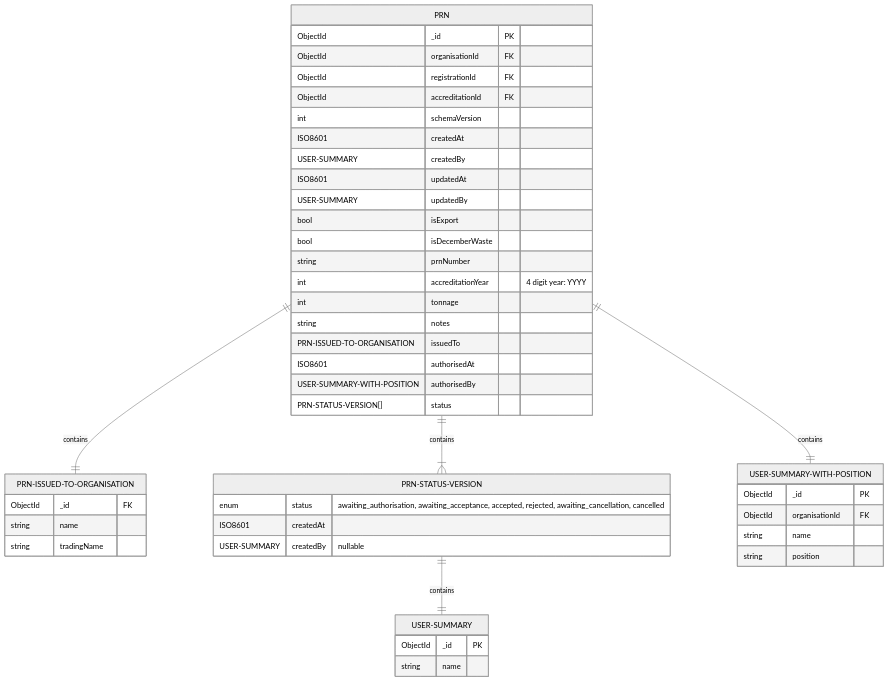
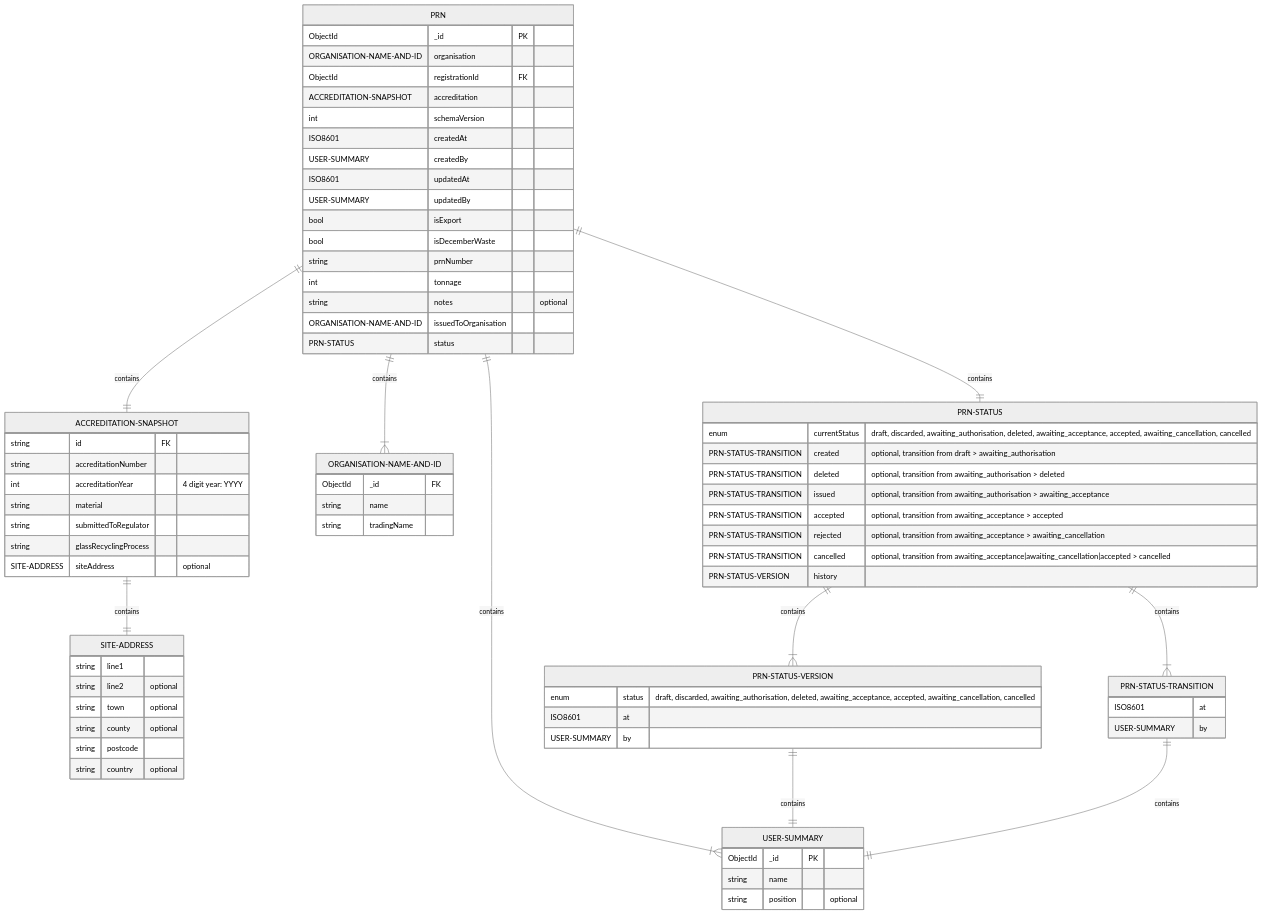
The third of 6 diagrams in docs/architecture/discovery/pepr-lld.md (DEFRA/epr-re-ex-service), drawn with Mermaid (neutral theme) before and after one commit. The commit also changed other lines of this file, not shown here.

Commit message:
PAE-1038 Align PRN LLD with current implementation

````diff
--- a/docs/architecture/discovery/pepr-lld.md
+++ b/docs/architecture/discovery/pepr-lld.md
@@ -597,9 +597,9 @@
 erDiagram
   PRN {
     ObjectId _id PK
-    ObjectId organisationId FK
+    ORGANISATION-NAME-AND-ID organisation
     ObjectId registrationId FK
-    ObjectId accreditationId FK
+    ACCREDITATION-SNAPSHOT accreditation
     int schemaVersion
     ISO8601 createdAt
     USER-SUMMARY createdBy
@@ -608,41 +608,72 @@
     bool isExport
     bool isDecemberWaste
     string prnNumber
-    int accreditationYear "4 digit year: YYYY"
     int tonnage
-    string notes
-    PRN-ISSUED-TO-ORGANISATION issuedTo
-    ISO8601 authorisedAt
-    USER-SUMMARY-WITH-POSITION authorisedBy
-    PRN-STATUS-VERSION[] status
+    string notes "optional"
+    ORGANISATION-NAME-AND-ID issuedToOrganisation
+    PRN-STATUS status
   }
 
-  PRN-ISSUED-TO-ORGANISATION {
+  ACCREDITATION-SNAPSHOT {
+    string id FK
+    string accreditationNumber
+    int accreditationYear "4 digit year: YYYY"
+    string material
+    string submittedToRegulator
+    string glassRecyclingProcess
+    SITE-ADDRESS siteAddress "optional"
+  }
+
+  SITE-ADDRESS {
+    string line1
+    string line2 "optional"
+    string town "optional"
+    string county "optional"
+    string postcode
+    string country "optional"
+  }
+
+  ORGANISATION-NAME-AND-ID {
     ObjectId _id FK
     string name
     string tradingName
   }
 
+  PRN-STATUS {
+    enum currentStatus "draft, discarded, awaiting_authorisation, deleted, awaiting_acceptance, accepted, awaiting_cancellation, cancelled"
+    PRN-STATUS-TRANSITION created "optional, transition from draft > awaiting_authorisation"
+    PRN-STATUS-TRANSITION deleted "optional, transition from awaiting_authorisation > deleted"
+    PRN-STATUS-TRANSITION issued "optional, transition from awaiting_authorisation > awaiting_acceptance"
+    PRN-STATUS-TRANSITION accepted "optional, transition from awaiting_acceptance > accepted"
+    PRN-STATUS-TRANSITION rejected "optional, transition from awaiting_acceptance > awaiting_cancellation"
+    PRN-STATUS-TRANSITION cancelled "optional, transition from awaiting_acceptance|awaiting_cancellation|accepted > cancelled"
+    PRN-STATUS-VERSION history
+  }
+
+  PRN-STATUS-TRANSITION {
+    ISO8601 at
+    USER-SUMMARY by
+  }
+
   PRN-STATUS-VERSION {
-    enum status "awaiting_authorisation, awaiting_acceptance, accepted, rejected, awaiting_cancellation, cancelled"
-    ISO8601 createdAt
-    USER-SUMMARY createdBy "nullable"
+    enum status "draft, discarded, awaiting_authorisation, deleted, awaiting_acceptance, accepted, awaiting_cancellation, cancelled"
+    ISO8601 at
+    USER-SUMMARY by
   }
 
   USER-SUMMARY {
     ObjectId _id PK
     string name
+    string position "optional"
   }
 
-  USER-SUMMARY-WITH-POSITION {
-    ObjectId _id PK
-    ObjectId organisationId FK
-    string name
-    string position
-  }
-
-  PRN ||--|| PRN-ISSUED-TO-ORGANISATION : contains
-  PRN ||--|{ PRN-STATUS-VERSION : contains
+  PRN ||--|{ ORGANISATION-NAME-AND-ID : contains
+  PRN ||--|| PRN-STATUS : contains
+  PRN ||--|{ USER-SUMMARY : contains
+  PRN-STATUS ||--|{ PRN-STATUS-VERSION : contains
   PRN-STATUS-VERSION ||--|| USER-SUMMARY : contains
-  PRN ||--|| USER-SUMMARY-WITH-POSITION : contains
+  PRN-STATUS ||--|{ PRN-STATUS-TRANSITION : contains
+  PRN-STATUS-TRANSITION ||--|| USER-SUMMARY : contains
+  PRN ||--|| ACCREDITATION-SNAPSHOT : contains
+  ACCREDITATION-SNAPSHOT ||--|| SITE-ADDRESS : contains
 ```
````
